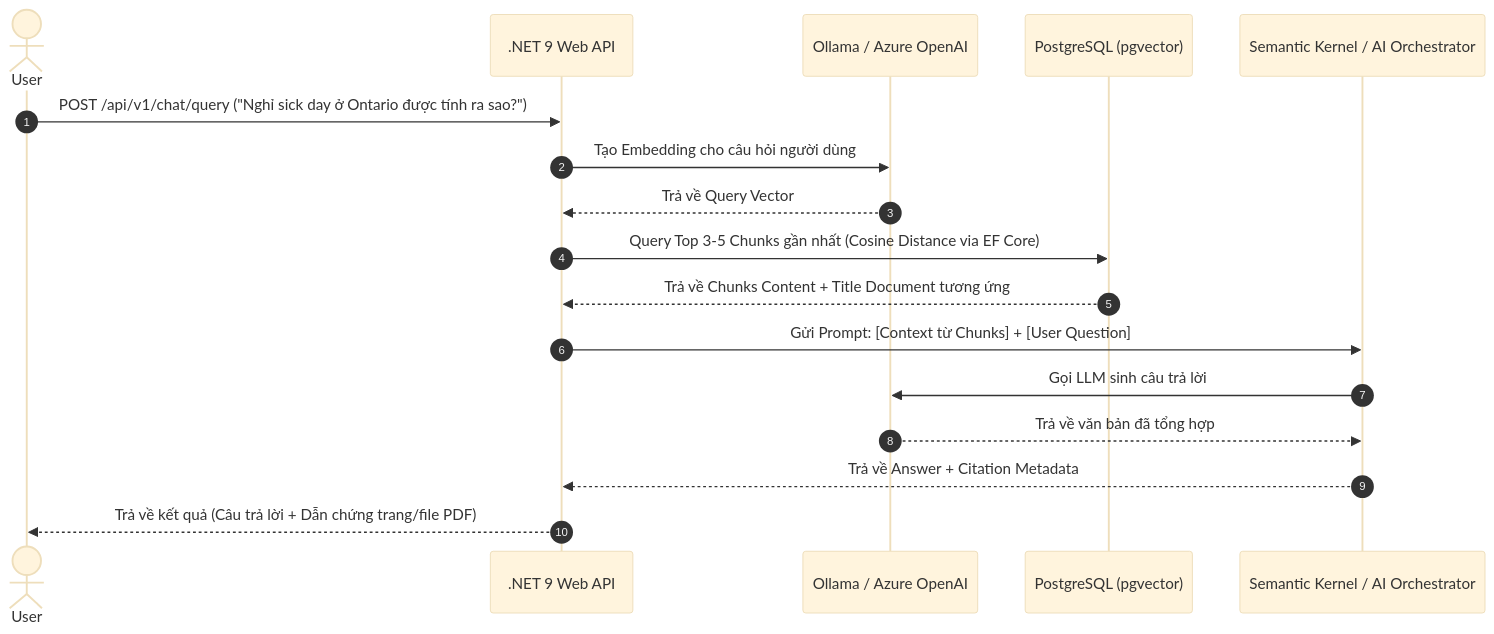
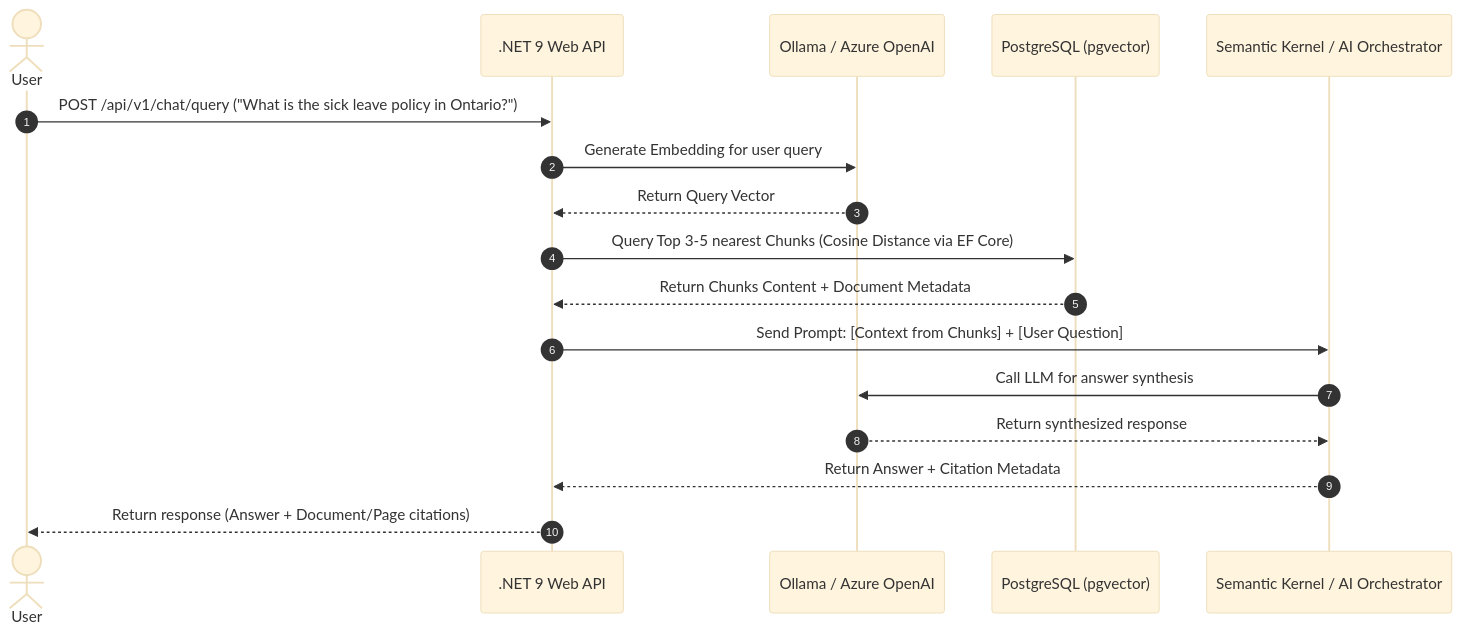
Before and after one commit to NhuNhuNguyen/DocuMindEnterprise: the fourth of 5 diagrams in README.md, drawn with Mermaid (base theme). The commit also changed other lines of this file, not shown here.

Commit message:
fix: correct mermaid syntax in README to render diagrams

````diff
--- a/README.md
+++ b/README.md
@@ -127,24 +127,24 @@
 ```mermaid
 
 sequenceDiagram
     autonumber
     actor User
     participant API as .NET 9 Web API
     participant Ollama as Ollama / Azure OpenAI
     participant DB as PostgreSQL (pgvector)
     participant SK as Semantic Kernel / AI Orchestrator
 
-    User->>API: POST /api/v1/chat/query ("Nghỉ sick day ở Ontario được tính ra sao?")
-    API->>Ollama: Tạo Embedding cho câu hỏi người dùng
-    Ollama-->>API: Trả về Query Vector
+    User->>API: POST /api/v1/chat/query ("What is the sick leave policy in Ontario?")
+    API->>Ollama: Generate Embedding for user query
+    Ollama-->>API: Return Query Vector
     
-    API->>DB: Query Top 3-5 Chunks gần nhất (Cosine Distance via EF Core)
-    DB-->>API: Trả về Chunks Content + Title Document tương ứng
+    API->>DB: Query Top 3-5 nearest Chunks (Cosine Distance via EF Core)
+    DB-->>API: Return Chunks Content + Document Metadata
     
-    API->>SK: Gửi Prompt: [Context từ Chunks] + [User Question]
-    SK->>Ollama: Gọi LLM sinh câu trả lời
-    Ollama-->>SK: Trả về văn bản đã tổng hợp
+    API->>SK: Send Prompt: [Context from Chunks] + [User Question]
+    SK->>Ollama: Call LLM for answer synthesis
+    Ollama-->>SK: Return synthesized response
     
-    SK-->>API: Trả về Answer + Citation Metadata
-    API-->>User: Trả về kết quả (Câu trả lời + Dẫn chứng trang/file PDF)
+    SK-->>API: Return Answer + Citation Metadata
+    API-->>User: Return response (Answer + Document/Page citations)
 ```
````
